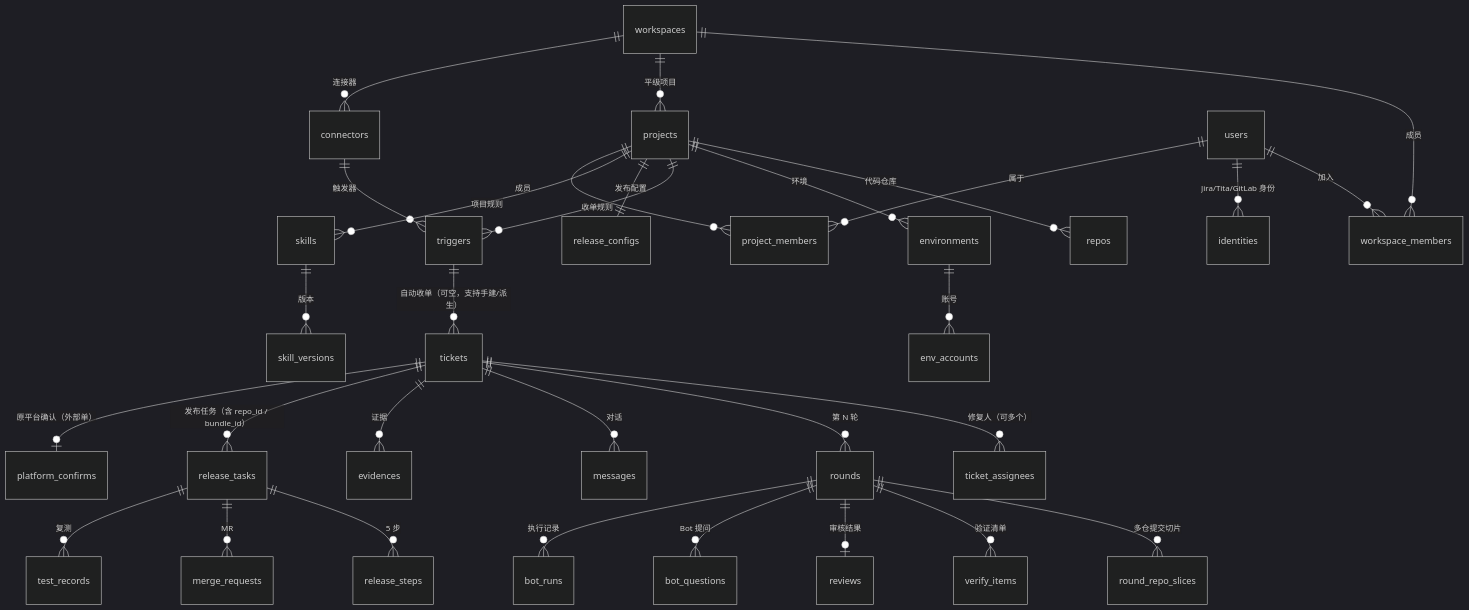
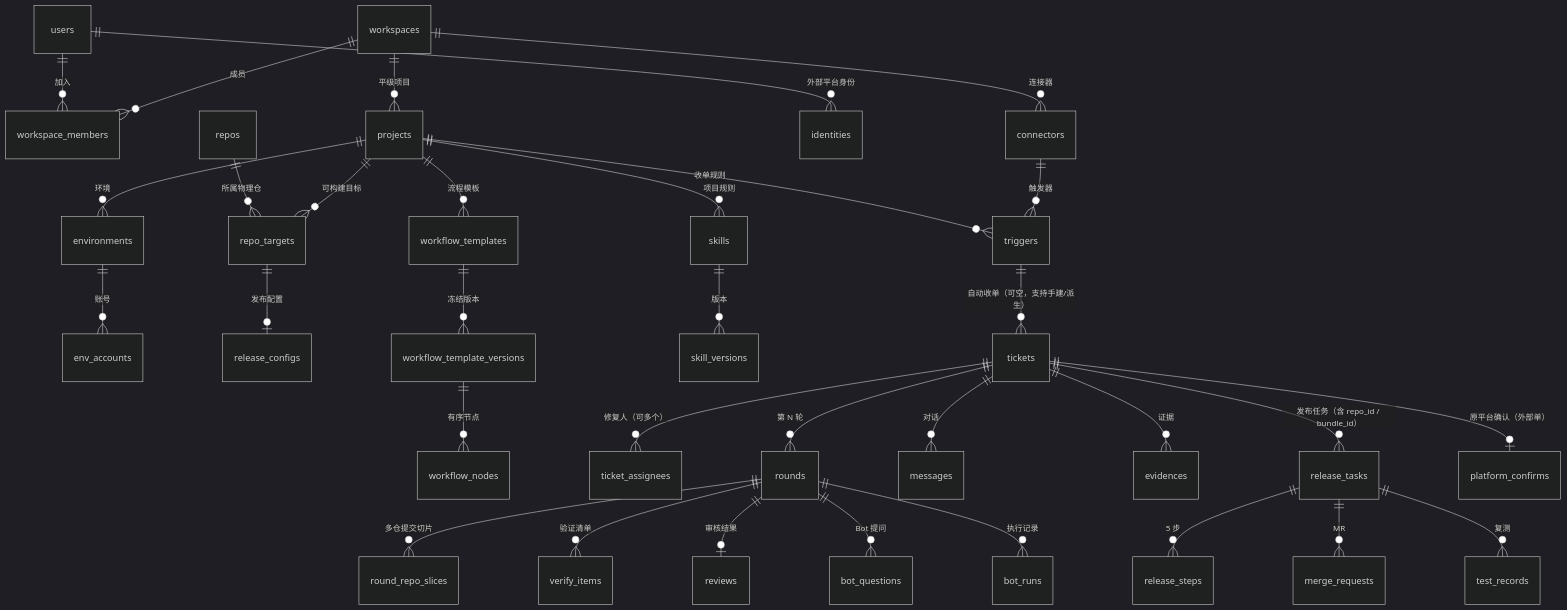
One commit to lzdjack/ai changed the second of 3 diagrams in docs/06-技术设计方案.md. Above: the diagram before and after it, drawn with Mermaid (dark theme). The commit also changed other lines of this file and 159 other files, not shown here.

````diff
--- a/docs/06-技术设计方案.md
+++ b/docs/06-技术设计方案.md
@@ -145,35 +145,37 @@
 ```mermaid
 erDiagram
   workspaces ||--o{ workspace_members : "成员"
   workspaces ||--o{ projects : "平级项目"
   workspaces ||--o{ connectors : "连接器"
   users ||--o{ workspace_members : "加入"
-  users ||--o{ identities : "Jira/Tita/GitLab 身份"
-  projects ||--o{ repos : "代码仓库"
+  users ||--o{ identities : "外部平台身份"
+  projects ||--o{ repo_targets : "可构建目标"
+  repos ||--o{ repo_targets : "所属物理仓"
   projects ||--o{ environments : "环境"
   environments ||--o{ env_accounts : "账号"
   connectors ||--o{ triggers : "触发器"
   projects ||--o{ triggers : "收单规则"
-  projects ||--|| release_configs : "发布配置"
+  repo_targets ||--o| release_configs : "发布配置"
+  projects ||--o{ workflow_templates : "流程模板"
+  workflow_templates ||--o{ workflow_template_versions : "冻结版本"
+  workflow_template_versions ||--o{ workflow_nodes : "有序节点"
   projects ||--o{ skills : "项目规则"
   skills ||--o{ skill_versions : "版本"
-  projects ||--o{ project_members : "成员"
-  users ||--o{ project_members : "属于"
 
   triggers ||--o{ tickets : "自动收单（可空，支持手建/派生）"
   tickets ||--o{ ticket_assignees : "修复人（可多个）"
   tickets ||--o{ rounds : "第 N 轮"
   rounds ||--o{ round_repo_slices : "多仓提交切片"
   rounds ||--o{ verify_items : "验证清单"
   rounds ||--o| reviews : "审核结果"
   rounds ||--o{ bot_questions : "Bot 提问"
   rounds ||--o{ bot_runs : "执行记录"
   tickets ||--o{ messages : "对话"
   tickets ||--o{ evidences : "证据"
 
   tickets ||--o{ release_tasks : "发布任务（含 repo_id / bundle_id）"
   release_tasks ||--o{ release_steps : "5 步"
   release_tasks ||--o{ merge_requests : "MR"
   release_tasks ||--o{ test_records : "复测"
   tickets ||--o| platform_confirms : "原平台确认（外部单）"
 ```
````
